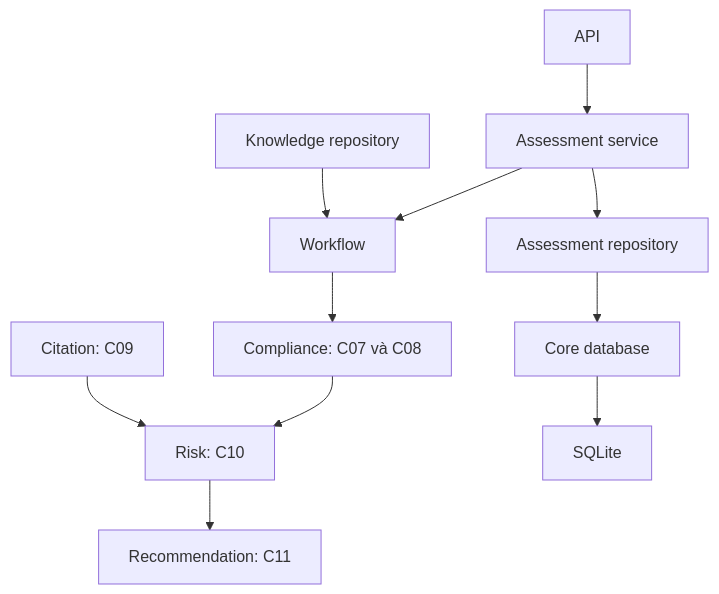
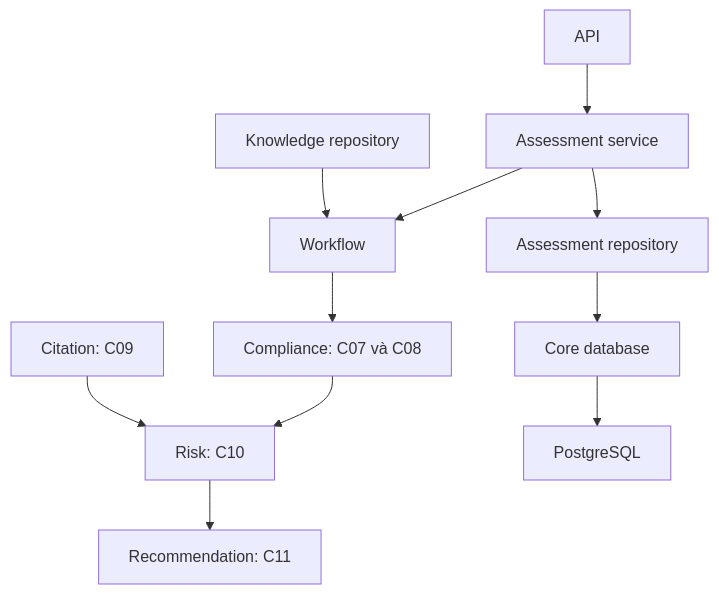
One commit to chiendz11/Legal-Ai-Compliance-Checker changed the diagram in docs/architecture.md. Above: the diagram before and after it, drawn with Mermaid. The commit also changed other lines of this file and 168 other files, not shown here.

Commit message:
refactor: use PostgreSQL for development and remove JSON fixtures

````diff
--- a/docs/architecture.md
+++ b/docs/architecture.md
@@ -63,13 +63,13 @@
 ```mermaid
 flowchart TD
     API[API] --> AS[Assessment service]
     AS --> W[Workflow]
     W --> C[Compliance: C07 và C08]
     C --> R[Risk: C10]
     CV[Citation: C09] --> R
     R --> N[Recommendation: C11]
     AS --> DB[Assessment repository]
     DB --> CONN[Core database]
-    CONN --> SQL[SQLite]
+    CONN --> SQL[PostgreSQL]
     K[Knowledge repository] --> W
 ```
````
